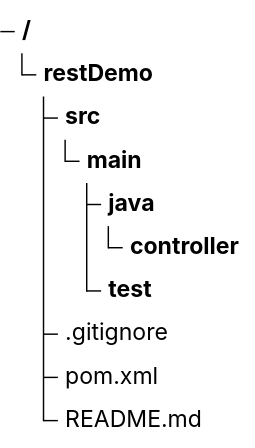
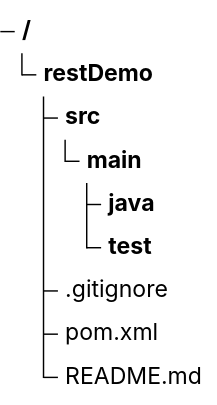
Before and after one commit to chanduujjina/Spring_Boot_Rest_AI: the diagram in Read.md, drawn with Mermaid.

Commit message:
Remove empty controller directory from Read.md

````diff
--- a/Read.md
+++ b/Read.md
@@ -1,13 +1,11 @@
 ```mermaid
 treeView-beta
             restDemo/
                      src/
                          main/
                               java/
-                                   controller/
-                               
-                            test/
+                              test/
                 .gitignore
                 pom.xml
                 README.md
 ```
````
